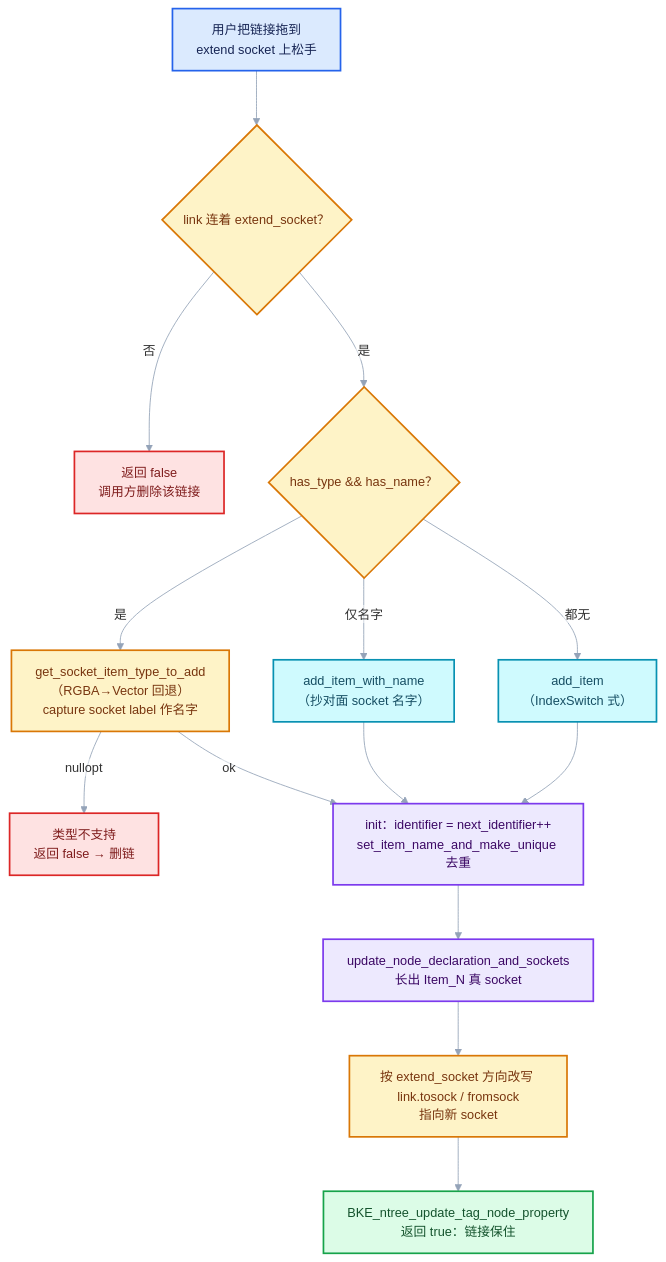
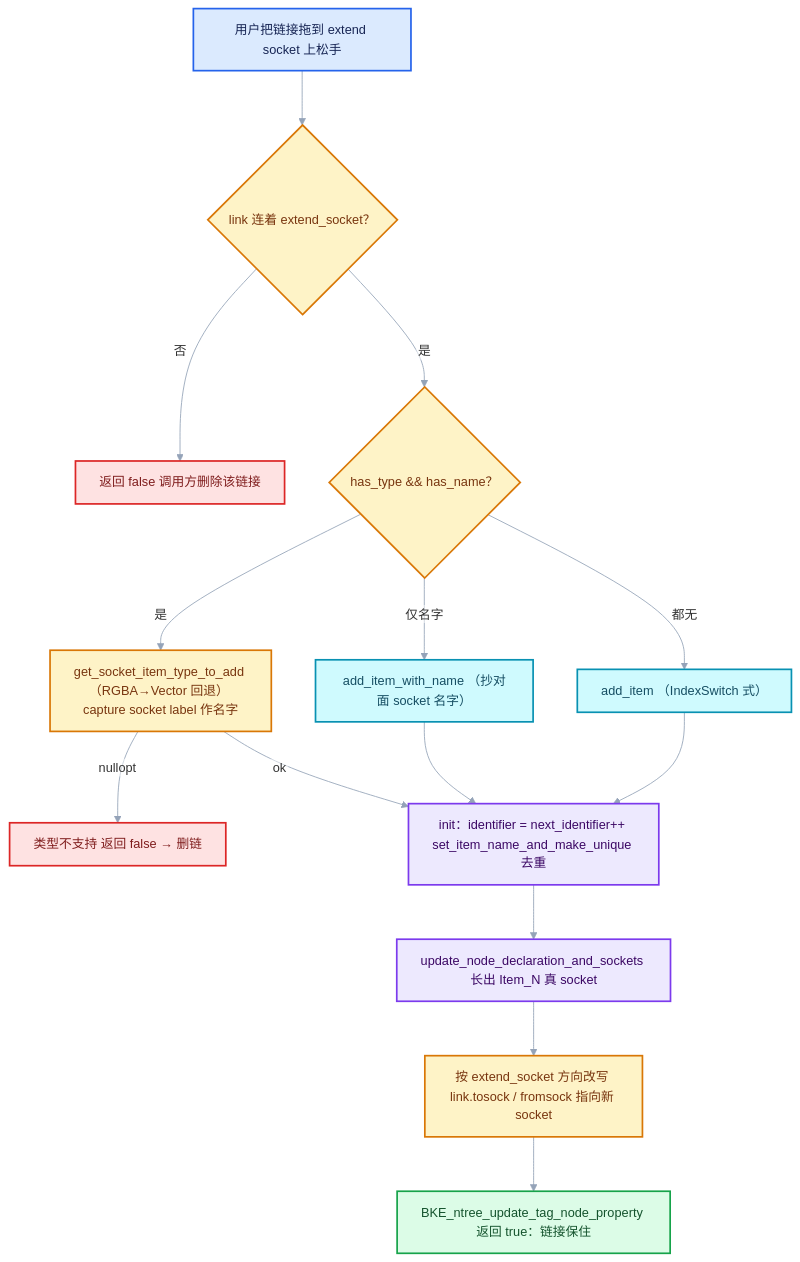
The third of 3 diagrams in 杂/markdown/重复区域-dsh/02-Repeat区域数据模型/03-SocketItems通用条目框架.md (yunkezengren/blender-.vscode), drawn with Mermaid before and after one commit. The commit also changed other lines of this file and 27 other files, not shown here.

````diff
--- a/杂/markdown/重复区域-dsh/02-Repeat区域数据模型/03-SocketItems通用条目框架.md
+++ b/杂/markdown/重复区域-dsh/02-Repeat区域数据模型/03-SocketItems通用条目框架.md
@@ -1391,33 +1353,33 @@
 ```mermaid
 %%{init: {"theme":"base","themeVariables":{"fontFamily":"\"Segoe UI\",\"Microsoft YaHei\",sans-serif","fontSize":"15px","lineColor":"#94A3B8","edgeLabelBackground":"#FFFFFF","clusterBkg":"#F8FAFC","clusterBorder":"#CBD5E1"},"flowchart":{"htmlLabels":false,"curve":"basis","nodeSpacing":52,"rankSpacing":64,"padding":14,"diagramPadding":16,"useMaxWidth":true},"sequence":{"useMaxWidth":true,"wrap":true,"mirrorActors":false,"messageMargin":36}}}%%
 flowchart TB
-  DROP["用户把链接拖到<br/>extend socket 上松手"]:::input
+  DROP["用户把链接拖到 extend socket 上松手"]:::input
   CHK{"link 连着 extend_socket？"}:::compute
-  CUT["返回 false<br/>调用方删除该链接"]:::error
+  CUT["返回 false 调用方删除该链接"]:::error
   BR{"has_type &amp;&amp; has_name？"}:::compute
-  TYPED["get_socket_item_type_to_add<br/>（RGBA→Vector 回退）<br/>capture socket label 作名字"]:::compute
-  UNSUP["类型不支持<br/>返回 false → 删链"]:::error
-  NAMEONLY["add_item_with_name<br/>（抄对面 socket 名字）"]:::data
-  BARE["add_item<br/>（IndexSwitch 式）"]:::data
-  INIT["init：identifier = next_identifier++<br/>set_item_name_and_make_unique 去重"]:::abstraction
-  DECL["update_node_declaration_and_sockets<br/>长出 Item_N 真 socket"]:::abstraction
-  RELINK["按 extend_socket 方向改写 link.tosock / fromsock<br/>指向新 socket"]:::compute
-  TAG["BKE_ntree_update_tag_node_property<br/>返回 true：链接保住"]:::result
+  TYPED["get_socket_item_type_to_add （RGBA→Vector 回退） capture socket label 作名字"]:::compute
+  UNSUP["类型不支持 返回 false → 删链"]:::error
+  NAMEONLY["add_item_with_name （抄对面 socket 名字）"]:::data
+  BARE["add_item （IndexSwitch 式）"]:::data
+  INIT["init：identifier = next_identifier++ set_item_name_and_make_unique 去重"]:::abstraction
+  DECL["update_node_declaration_and_sockets 长出 Item_N 真 socket"]:::abstraction
+  RELINK["按 extend_socket 方向改写 link.tosock / fromsock 指向新 socket"]:::compute
+  TAG["BKE_ntree_update_tag_node_property 返回 true：链接保住"]:::result
 
   DROP --> CHK
   CHK -->|否| CUT
   CHK -->|是| BR
   BR -->|是| TYPED
   TYPED -->|nullopt| UNSUP
   TYPED -->|ok| INIT
   BR -->|仅名字| NAMEONLY --> INIT
   BR -->|都无| BARE --> INIT
   INIT --> DECL --> RELINK --> TAG
 
   classDef input fill:#DBEAFE,stroke:#2563EB,color:#172554,stroke-width:2px;
   classDef data fill:#CFFAFE,stroke:#0891B2,color:#164E63,stroke-width:2px;
   classDef abstraction fill:#EDE9FE,stroke:#7C3AED,color:#3B0764,stroke-width:2px;
   classDef compute fill:#FEF3C7,stroke:#D97706,color:#78350F,stroke-width:2px;
   classDef result fill:#DCFCE7,stroke:#16A34A,color:#14532D,stroke-width:2px;
   classDef error fill:#FEE2E2,stroke:#DC2626,color:#7F1D1D,stroke-width:2px;
 ```
````
